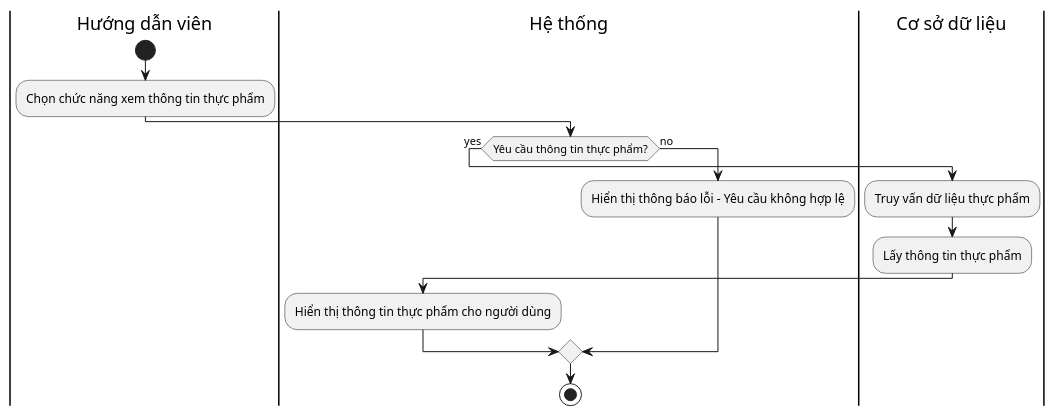
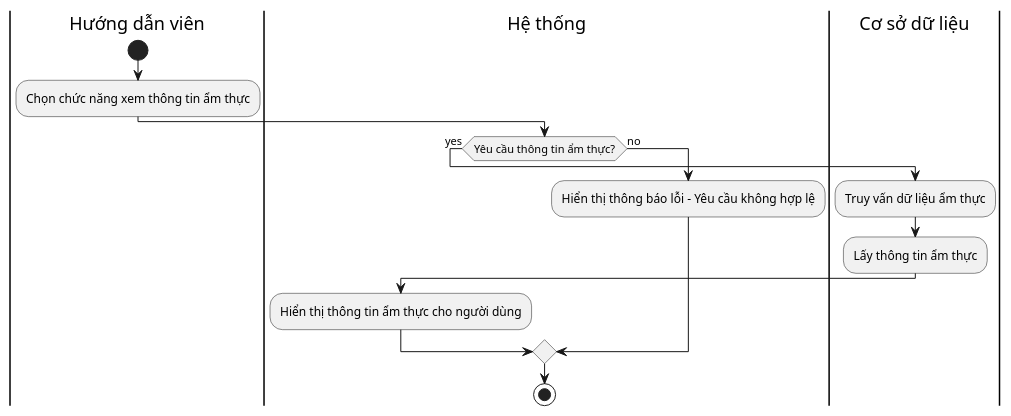
Before and after one commit to Khoitran0205/SE357-Pratice-class: the diagram in lab1.2/activity_diagrams/provideFoodInfo.plantuml, drawn with PlantUML.

```diff
--- a/lab1.2/activity_diagrams/provideFoodInfo.plantuml
+++ b/lab1.2/activity_diagrams/provideFoodInfo.plantuml
@@ -1,19 +1,19 @@
 @startuml provideFoodInfo_activity_diagram
 
 |Hướng dẫn viên|
 start
-:Chọn chức năng xem thông tin thực phẩm;
+:Chọn chức năng xem thông tin ẩm thực;
 
 |Hệ thống|
-if (Yêu cầu thông tin thực phẩm?) then (yes)
+if (Yêu cầu thông tin ẩm thực?) then (yes)
     |Cơ sở dữ liệu|
-    :Truy vấn dữ liệu thực phẩm;
-    :Lấy thông tin thực phẩm;
+    :Truy vấn dữ liệu ẩm thực;
+    :Lấy thông tin ẩm thực;
     |Hệ thống|
-    :Hiển thị thông tin thực phẩm cho người dùng;
+    :Hiển thị thông tin ẩm thực cho người dùng;
 else (no)
     :Hiển thị thông báo lỗi - Yêu cầu không hợp lệ;
 
 endif
 stop
 @enduml
```
